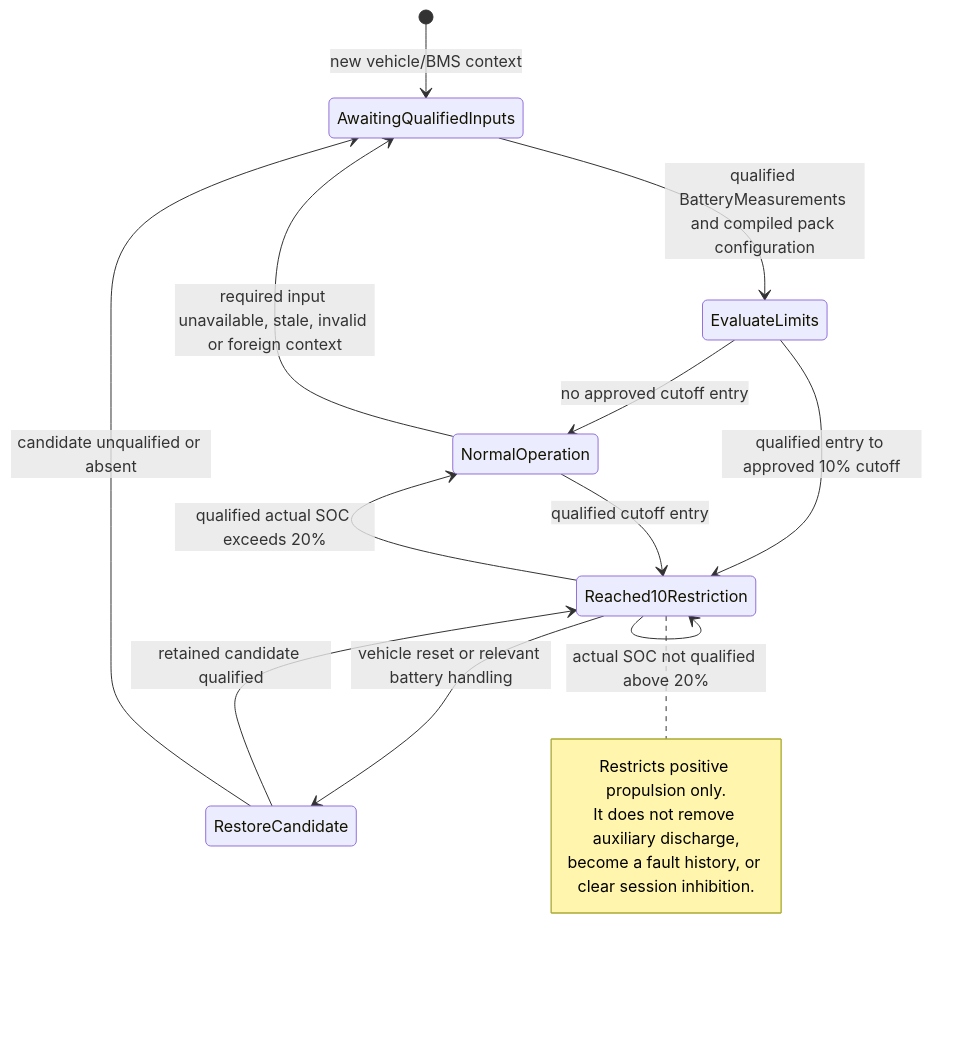
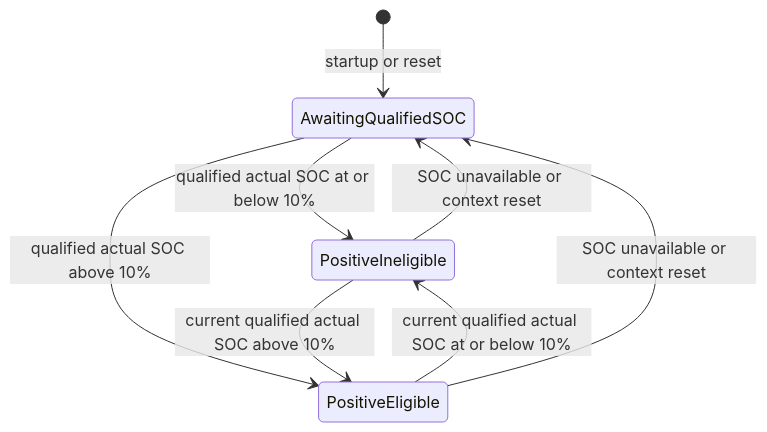
Before and after one commit to dhellhake/X2CityMCU: the eighth of 8 diagrams in .devenv/Architecture/SoftwareArchitecture/DetailedDesign/DD-004_Dynamic_Software_Architecture_Views.md, drawn with Mermaid. The commit also changed other lines of this file and 71 other files, not shown here.

````diff
--- a/.devenv/Architecture/SoftwareArchitecture/DetailedDesign/DD-004_Dynamic_Software_Architecture_Views.md
+++ b/.devenv/Architecture/SoftwareArchitecture/DetailedDesign/DD-004_Dynamic_Software_Architecture_Views.md
@@ -287,19 +300,10 @@
 ```mermaid
 stateDiagram-v2
-    [*] --> AwaitingQualifiedInputs: new vehicle/BMS context
-    AwaitingQualifiedInputs --> EvaluateLimits: qualified BatteryMeasurements and compiled pack configuration
-    EvaluateLimits --> NormalOperation: no approved cutoff entry
-    EvaluateLimits --> Reached10Restriction: qualified entry to approved 10% cutoff
-    NormalOperation --> AwaitingQualifiedInputs: required input unavailable, stale, invalid or foreign context
-    NormalOperation --> Reached10Restriction: qualified cutoff entry
-    Reached10Restriction --> Reached10Restriction: actual SOC not qualified above 20%
-    Reached10Restriction --> NormalOperation: qualified actual SOC exceeds 20%
-    Reached10Restriction --> RestoreCandidate: vehicle reset or relevant battery handling
-    RestoreCandidate --> Reached10Restriction: retained candidate qualified
-    RestoreCandidate --> AwaitingQualifiedInputs: candidate unqualified or absent
-    note right of Reached10Restriction
-      Restricts positive propulsion only.
-      It does not remove auxiliary discharge,
-      become a fault history, or clear session inhibition.
-    end note
+    [*] --> AwaitingQualifiedSOC: startup or reset
+    AwaitingQualifiedSOC --> PositiveIneligible: qualified actual SOC at or below 10%
+    AwaitingQualifiedSOC --> PositiveEligible: qualified actual SOC above 10%
+    PositiveIneligible --> PositiveEligible: current qualified actual SOC above 10%
+    PositiveEligible --> PositiveIneligible: current qualified actual SOC at or below 10%
+    PositiveEligible --> AwaitingQualifiedSOC: SOC unavailable or context reset
+    PositiveIneligible --> AwaitingQualifiedSOC: SOC unavailable or context reset
 ```
````
